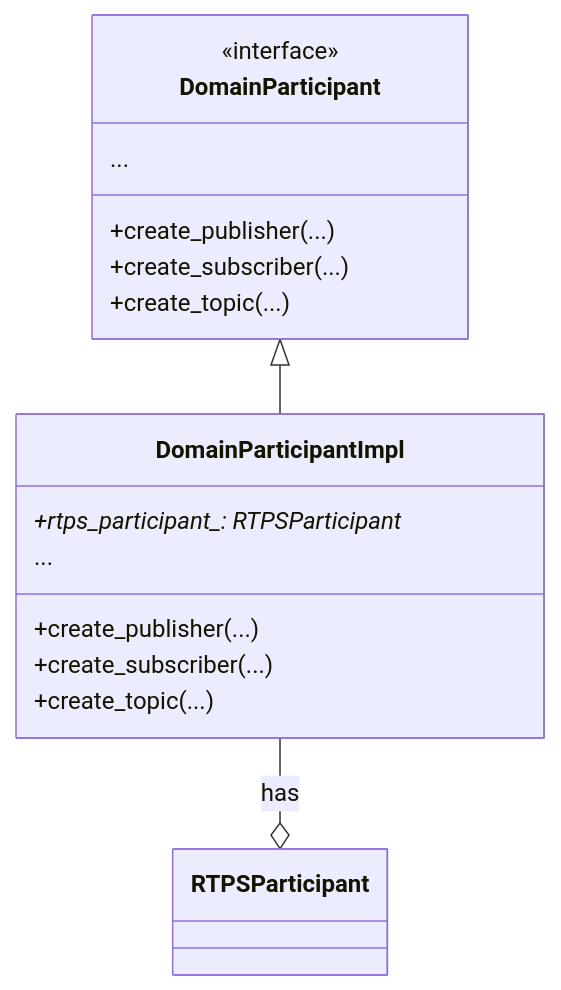
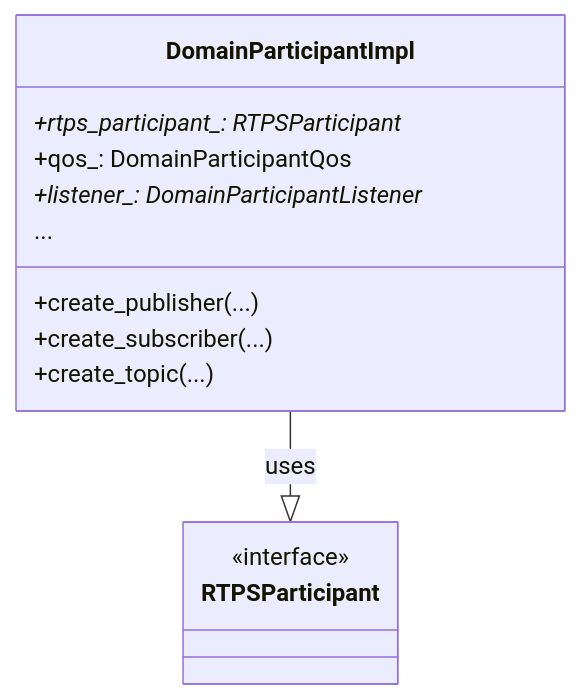
One commit to daniel1170594722/Code-Analysis changed the first of 4 diagrams in code_reading_workflow.md. Above: the diagram before and after it, drawn with Mermaid. The commit also changed other lines of this file, not shown here.

````diff
--- a/code_reading_workflow.md
+++ b/code_reading_workflow.md
@@ -135,19 +120,16 @@
          ```mermaid
          classDiagram
-           class DomainParticipant {
-             <<interface>>
+           class DomainParticipantImpl {
+             +rtps_participant_: RTPSParticipant*
+             +qos_: DomainParticipantQos
+             +listener_: DomainParticipantListener*
              +create_publisher(...)
              +create_subscriber(...)
              +create_topic(...)
              ...
            }
-           class DomainParticipantImpl {
-             +rtps_participant_: RTPSParticipant*
-             +create_publisher(...)
-             +create_subscriber(...)
-             +create_topic(...)
-             ...
+           class RTPSParticipant {
+             <<interface>>
            }
-           DomainParticipant <|-- DomainParticipantImpl
-           DomainParticipantImpl --o RTPSParticipant : has
+           DomainParticipantImpl --|> RTPSParticipant : uses
          ```
````
